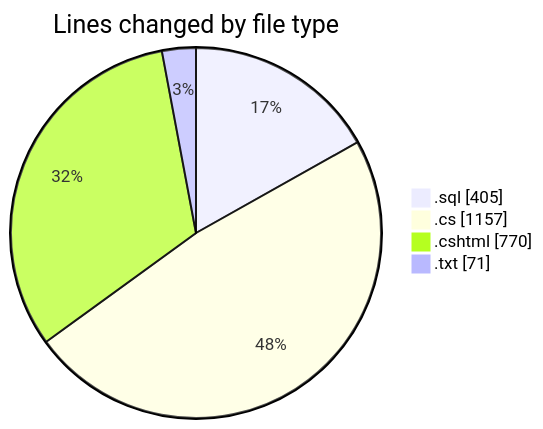
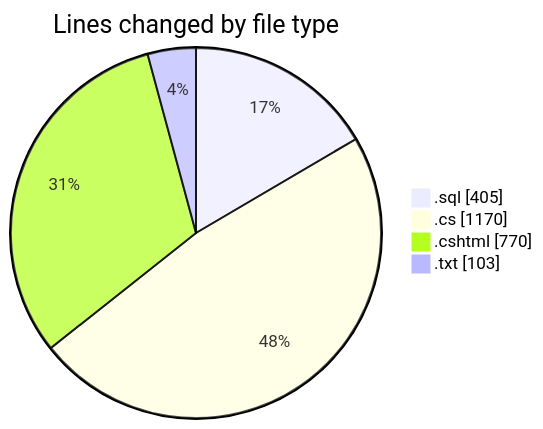
Before and after one commit to lephambinh05/code-tracking: the first of 2 diagrams in 2025-07-23/quanlyrapchieuphim/README.md, drawn with Mermaid. The commit also changed other lines of this file and 1 other file, not shown here.

````diff
--- a/2025-07-23/quanlyrapchieuphim/README.md
+++ b/2025-07-23/quanlyrapchieuphim/README.md
@@ -27,8 +27,8 @@
 ```mermaid
 pie showData
 title Lines changed by file type
 ".sql" : 405
-".cs" : 1157
+".cs" : 1170
 ".cshtml" : 770
-".txt" : 71
+".txt" : 103
 ```
````
